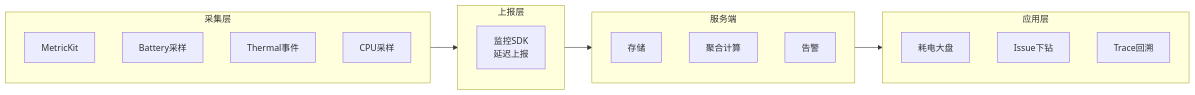
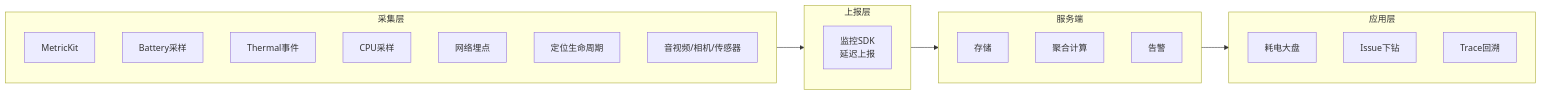
The second of 2 diagrams in articles/ios-advanced/耗电/耗电-检测.md (XiyouMobile3G-iOS/awesome-ios-interview), drawn with Mermaid before and after one commit. The commit also changed other lines of this file and 2 other files, not shown here.

````diff
--- a/articles/ios-advanced/耗电/耗电-检测.md
+++ b/articles/ios-advanced/耗电/耗电-检测.md
@@ -407,27 +654,30 @@
 ```mermaid
 flowchart LR
     subgraph Collect["采集层"]
         MK1["MetricKit"]
         BT["Battery采样"]
         TH["Thermal事件"]
         CPU1["CPU采样"]
+        NET["网络埋点"]
+        LOC["定位生命周期"]
+        HW["音视频/相机/传感器"]
     end
     
     subgraph Report["上报层"]
         SDK["监控SDK<br/>延迟上报"]
     end
     
     subgraph Backend["服务端"]
         Storage["存储"]
         Agg["聚合计算"]
         Alert["告警"]
     end
     
     subgraph Apply["应用层"]
         Dash["耗电大盘"]
         Issue["Issue下钻"]
         Trace["Trace回溯"]
     end
     
     Collect --> Report --> Backend --> Apply
 ```
````
